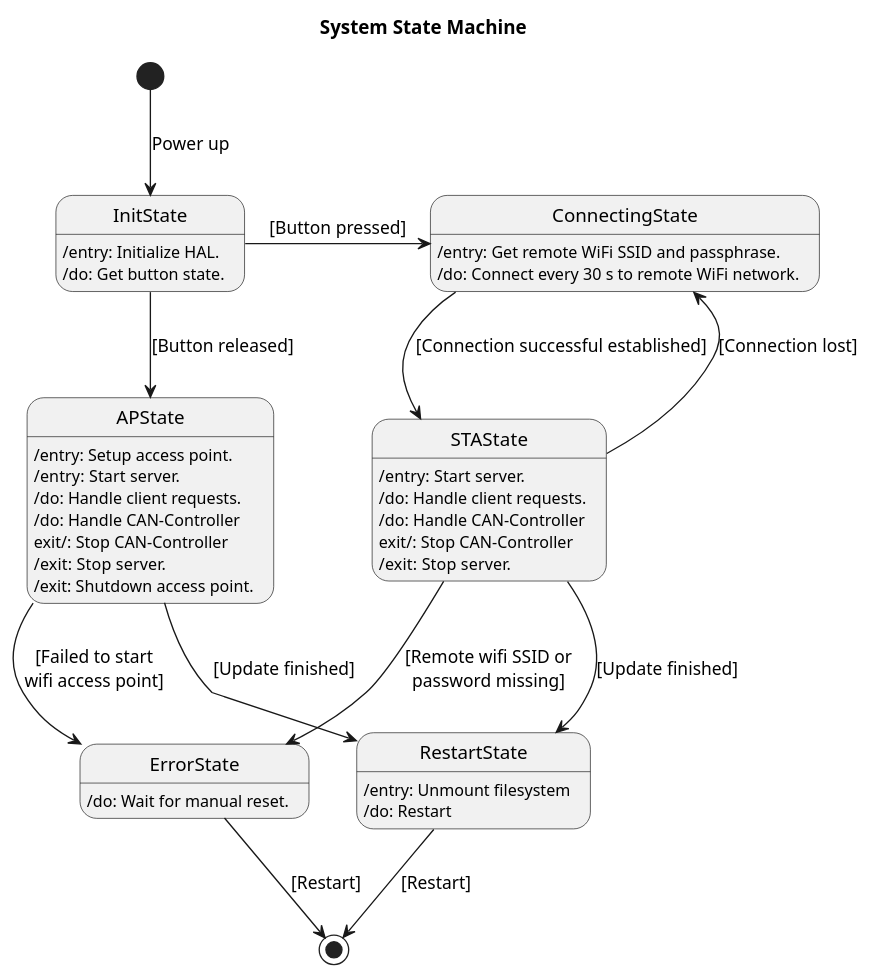
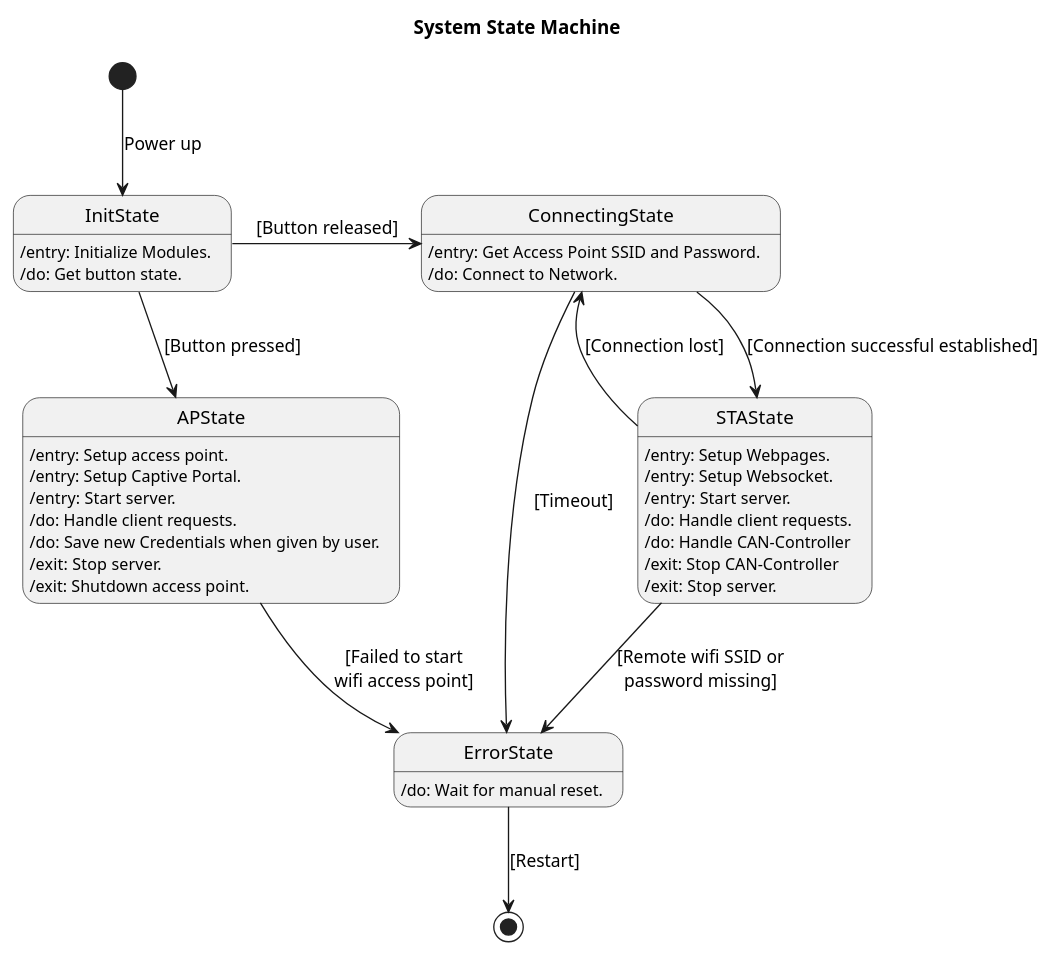
Before and after one commit to NewTec-GmbH/esp32-can-iot: the diagram in Coding/fw/doc/design/StateMachine.plantuml, drawn with PlantUML. The commit also changed 3 other files, not shown here.

Commit message:
Wrote Detailed Design in Readme and fixed Diagrams

```diff
--- a/Coding/fw/doc/design/StateMachine.plantuml
+++ b/Coding/fw/doc/design/StateMachine.plantuml
@@ -1,41 +1,39 @@
 @startuml
 
 title System State Machine
 
-InitState: /entry: Initialize HAL.
+InitState: /entry: Initialize Modules.
 InitState: /do: Get button state.
 
 APState: /entry: Setup access point.
+APState: /entry: Setup Captive Portal.
 APState: /entry: Start server.
 APState: /do: Handle client requests.
-APState: /do: Handle CAN-Controller
-APState: exit/: Stop CAN-Controller
+APState: /do: Save new Credentials when given by user.
 APState: /exit: Stop server.
 APState: /exit: Shutdown access point.
 
-ConnectingState: /entry: Get remote WiFi SSID and passphrase.
-ConnectingState: /do: Connect every 30 s to remote WiFi network.
+ConnectingState: /entry: Get Access Point SSID and Password.
+ConnectingState: /do: Connect to Network.
 
+STAState: /entry: Setup Webpages.
+STAState: /entry: Setup Websocket.
 STAState: /entry: Start server.
 STAState: /do: Handle client requests.
 STAState: /do: Handle CAN-Controller
-STAState: exit/: Stop CAN-Controller
+STAState: /exit: Stop CAN-Controller
 STAState: /exit: Stop server.
 
 ErrorState: /do: Wait for manual reset.
 
-RestartState: /entry: Unmount filesystem
-RestartState: /do: Restart
 
 [*] --> InitState: Power up
-InitState --> APState: [Button released]
-InitState -> ConnectingState: [Button pressed]
+InitState --> APState: [Button pressed]
+InitState -> ConnectingState: [Button released]
 APState --> ErrorState: [Failed to start\nwifi access point]
-APState --> RestartState: [Update finished]
 STAState --> ErrorState: [Remote wifi SSID or\npassword missing]
 ConnectingState --> STAState: [Connection successful established]
 STAState --> ConnectingState: [Connection lost]
-STAState --> RestartState: [Update finished]
+ConnectingState --> ErrorState : [Timeout]
 ErrorState --> [*]: [Restart]
-RestartState --> [*]: [Restart]
 @enduml
```
